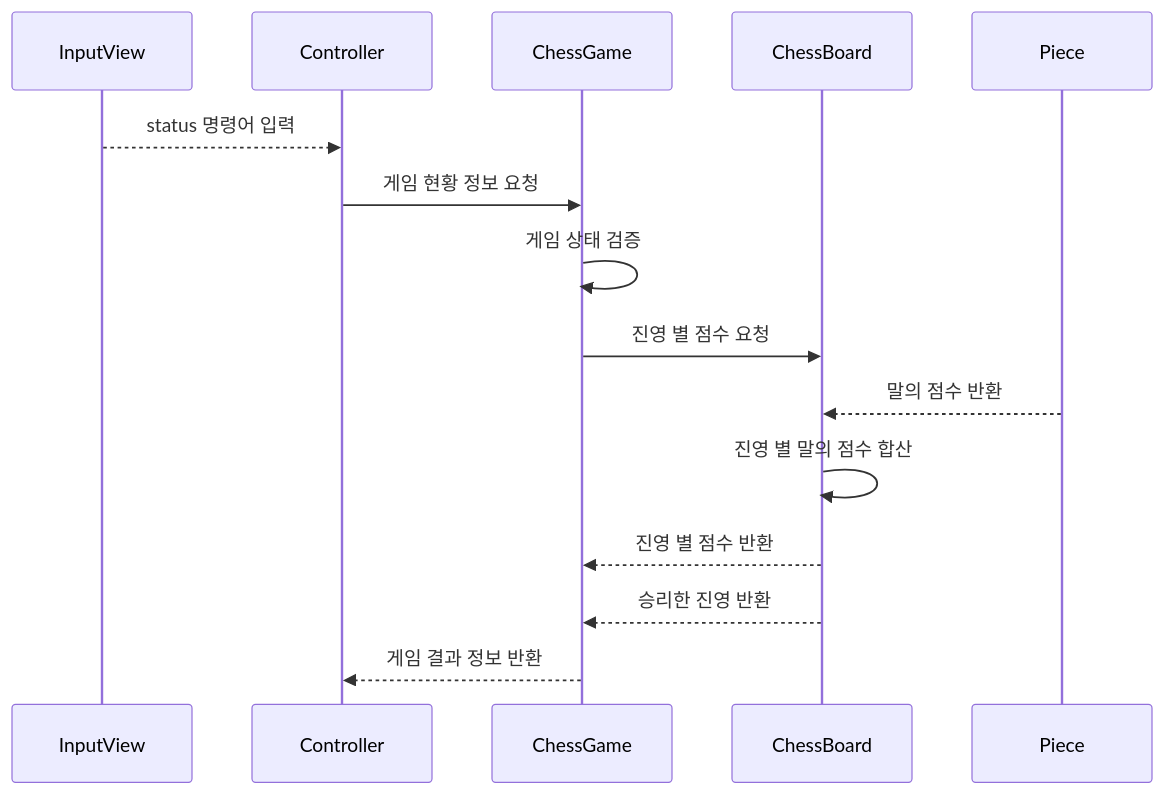
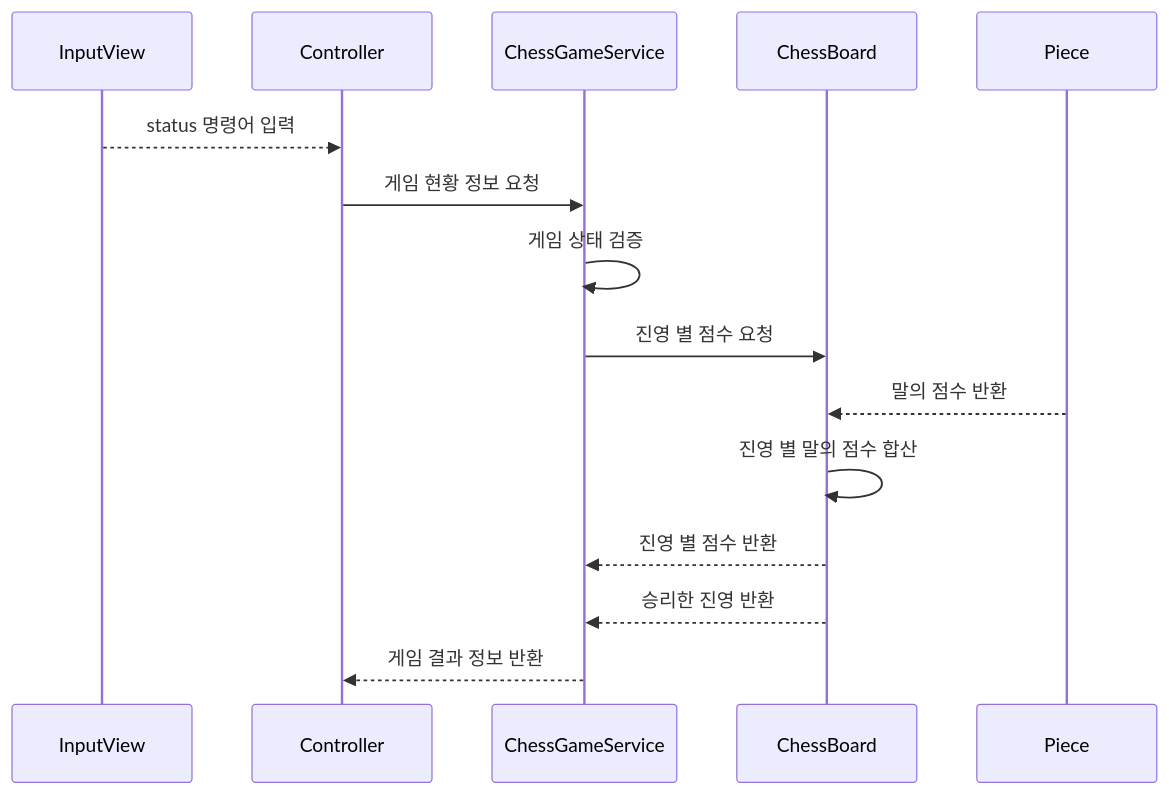
One commit to woowacourse/java-chess changed the second of 2 diagrams in README.md. Above: the diagram before and after it, drawn with Mermaid. The commit also changed other lines of this file, not shown here.

````diff
--- a/README.md
+++ b/README.md
@@ -83,15 +122,15 @@
 ```mermaid
 sequenceDiagram
 
 	InputView -->> Controller: status 명령어 입력
-	Controller ->> ChessGame: 게임 현황 정보 요청
+	Controller ->> ChessGameService: 게임 현황 정보 요청
 
-	ChessGame ->> ChessGame: 게임 상태 검증
-	ChessGame ->> ChessBoard: 진영 별 점수 요청
+	ChessGameService ->> ChessGameService: 게임 상태 검증
+	ChessGameService ->> ChessBoard: 진영 별 점수 요청
 	Piece -->> ChessBoard: 말의 점수 반환
 	ChessBoard ->> ChessBoard: 진영 별 말의 점수 합산
-	ChessBoard -->> ChessGame: 진영 별 점수 반환
-	ChessBoard -->> ChessGame: 승리한 진영 반환
+	ChessBoard -->> ChessGameService: 진영 별 점수 반환
+	ChessBoard -->> ChessGameService: 승리한 진영 반환
 
-	ChessGame -->> Controller: 게임 결과 정보 반환
+	ChessGameService -->> Controller: 게임 결과 정보 반환
 ```
````
